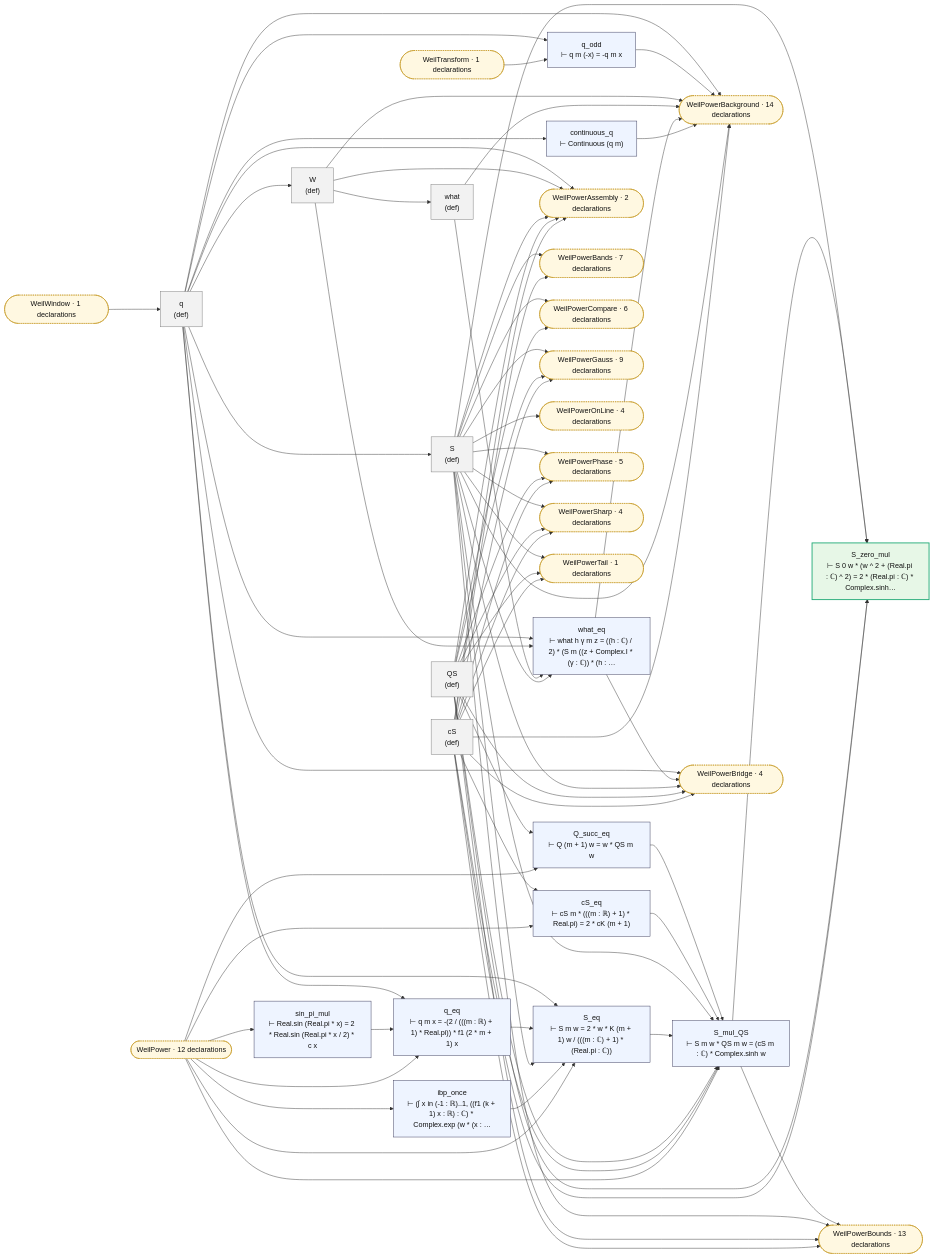
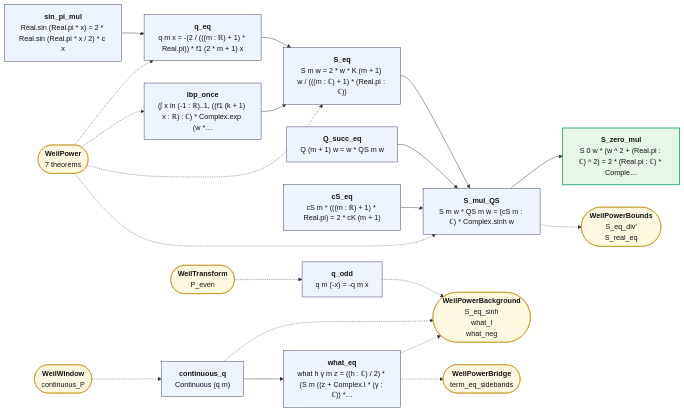
One commit to juliansambranojr/Primebeat_081426 changed the diagram in map/lean_stage3/WeilOddPower.md. Above: the diagram before and after it, drawn with Mermaid. The commit also changed other lines of this file and 387 other files, not shown here.

````diff
--- a/map/lean_stage3/WeilOddPower.md
+++ b/map/lean_stage3/WeilOddPower.md
@@ -8,115 +12,44 @@
 ```mermaid
 flowchart LR
-  n0["q<br/>(def)"]:::dfn
-  n1["q_odd<br/>⊢ q m (-x) = -q m x"]:::thm
-  n2["continuous_q<br/>⊢ Continuous (q m)"]:::thm
-  n3["sin_pi_mul<br/>⊢ Real.sin (Real.pi * x) = 2 * Real.sin (Real.pi * x / 2) * c x"]:::thm
-  n4["q_eq<br/>⊢ q m x = -(2 / (((m : ℝ) + 1) * Real.pi)) * f1 (2 * m + 1) x"]:::thm
-  n5["S<br/>(def)"]:::dfn
-  n6["ibp_once<br/>⊢ (∫ x in (-1 : ℝ)..1, ((f1 (k + 1) x : ℝ) : ℂ) * Complex.exp (w * (x : …"]:::thm
-  n7["S_eq<br/>⊢ S m w = 2 * w * K (m + 1) w / (((m : ℂ) + 1) * (Real.pi : ℂ))"]:::thm
-  n8["QS<br/>(def)"]:::dfn
-  n9["cS<br/>(def)"]:::dfn
-  n10["Q_succ_eq<br/>⊢ Q (m + 1) w = w * QS m w"]:::thm
-  n11["cS_eq<br/>⊢ cS m * (((m : ℝ) + 1) * Real.pi) = 2 * cK (m + 1)"]:::thm
-  n12["S_mul_QS<br/>⊢ S m w * QS m w = (cS m : ℂ) * Complex.sinh w"]:::thm
-  n13["S_zero_mul<br/>⊢ S 0 w * (w ^ 2 + (Real.pi : ℂ) ^ 2) = 2 * (Real.pi : ℂ) * Complex.sinh…"]:::end_
-  n14["W<br/>(def)"]:::dfn
-  n15["what<br/>(def)"]:::dfn
-  n16["what_eq<br/>⊢ what h γ m z = ((h : ℂ) / 2) * (S m ((z + Complex.I * (γ : ℂ)) * (h : …"]:::thm
-  x0(["WeilPower · 12 declarations"]):::ext
-  x1(["WeilPowerAssembly · 2 declarations"]):::ext
-  x2(["WeilPowerBackground · 14 declarations"]):::ext
-  x3(["WeilPowerBands · 7 declarations"]):::ext
-  x4(["WeilPowerBounds · 13 declarations"]):::ext
-  x5(["WeilPowerBridge · 4 declarations"]):::ext
-  x6(["WeilPowerCompare · 6 declarations"]):::ext
-  x7(["WeilPowerGauss · 9 declarations"]):::ext
-  x8(["WeilPowerOnLine · 4 declarations"]):::ext
-  x9(["WeilPowerPhase · 5 declarations"]):::ext
-  x10(["WeilPowerSharp · 4 declarations"]):::ext
-  x11(["WeilPowerTail · 1 declarations"]):::ext
-  x12(["WeilTransform · 1 declarations"]):::ext
-  x13(["WeilWindow · 1 declarations"]):::ext
-  n0 --> n1
-  n0 --> n14
-  n0 --> n16
-  n0 --> n2
-  n0 --> n4
-  n0 --> n5
-  n0 --> n7
-  n0 --> x1
-  n0 --> x2
-  n0 --> x5
-  n1 --> x2
-  n10 --> n12
-  n11 --> n12
-  n12 --> n13
-  n12 --> x4
-  n14 --> n15
-  n14 --> n16
-  n14 --> x1
-  n14 --> x2
-  n15 --> n16
-  n15 --> x2
-  n16 --> x2
-  n16 --> x5
-  n2 --> x2
-  n3 --> n4
-  n4 --> n7
-  n5 --> n12
-  n5 --> n13
-  n5 --> n16
-  n5 --> n7
-  n5 --> x1
-  n5 --> x10
-  n5 --> x11
-  n5 --> x2
-  n5 --> x3
-  n5 --> x4
-  n5 --> x5
-  n5 --> x6
-  n5 --> x7
-  n5 --> x8
-  n5 --> x9
-  n6 --> n7
-  n7 --> n12
-  n8 --> n10
-  n8 --> n12
-  n8 --> n13
-  n8 --> x1
-  n8 --> x10
-  n8 --> x11
-  n8 --> x4
-  n8 --> x5
-  n8 --> x6
-  n8 --> x7
-  n8 --> x9
-  n9 --> n11
-  n9 --> n12
-  n9 --> n13
-  n9 --> x1
-  n9 --> x10
-  n9 --> x11
-  n9 --> x2
-  n9 --> x3
-  n9 --> x4
-  n9 --> x5
-  n9 --> x7
-  n9 --> x9
-  x0 --> n10
-  x0 --> n11
-  x0 --> n12
-  x0 --> n3
-  x0 --> n4
-  x0 --> n6
-  x0 --> n7
-  x12 --> n1
-  x13 --> n0
+  n0["<b>q_odd</b><br/>q m (-x) = -q m x"]:::thm
+  n1["<b>continuous_q</b><br/>Continuous (q m)"]:::thm
+  n2["<b>sin_pi_mul</b><br/>Real.sin (Real.pi * x) = 2 * Real.sin (Real.pi * x / 2) * c x"]:::thm
+  n3["<b>q_eq</b><br/>q m x = -(2 / (((m : ℝ) + 1) * Real.pi)) * f1 (2 * m + 1) x"]:::thm
+  n4["<b>ibp_once</b><br/>(∫ x in (-1 : ℝ)..1, ((f1 (k + 1) x : ℝ) : ℂ) * Complex.exp (w *…"]:::thm
+  n5["<b>S_eq</b><br/>S m w = 2 * w * K (m + 1) w / (((m : ℂ) + 1) * (Real.pi : ℂ))"]:::thm
+  n6["<b>Q_succ_eq</b><br/>Q (m + 1) w = w * QS m w"]:::thm
+  n7["<b>cS_eq</b><br/>cS m * (((m : ℝ) + 1) * Real.pi) = 2 * cK (m + 1)"]:::thm
+  n8["<b>S_mul_QS</b><br/>S m w * QS m w = (cS m : ℂ) * Complex.sinh w"]:::thm
+  n9["<b>S_zero_mul</b><br/>S 0 w * (w ^ 2 + (Real.pi : ℂ) ^ 2) = 2 * (Real.pi : ℂ) * Comple…"]:::end_
+  n10["<b>what_eq</b><br/>what h γ m z = ((h : ℂ) / 2) * (S m ((z + Complex.I * (γ : ℂ)) *…"]:::thm
+  x0(["<b>WeilTransform</b><br/>P_even"]):::ext
+  x1(["<b>WeilPowerBackground</b><br/>S_eq_sinh<br/>what_I<br/>what_neg"]):::ext
+  x2(["<b>WeilWindow</b><br/>continuous_P"]):::ext
+  x3(["<b>WeilPower</b><br/>7 theorems"]):::ext
+  x4(["<b>WeilPowerBounds</b><br/>S_eq_div'<br/>S_real_eq"]):::ext
+  x5(["<b>WeilPowerBridge</b><br/>term_eq_sidebands"]):::ext
+  n1 --> n10
+  n2 --> n3
+  n3 --> n5
+  n4 --> n5
+  n5 --> n8
+  n6 --> n8
+  n7 --> n8
+  n8 --> n9
+  n0 -.-> x1
+  n1 -.-> x1
+  n10 -.-> x1
+  n10 -.-> x5
+  n8 -.-> x4
+  x0 -.-> n0
+  x2 -.-> n1
+  x3 -.-> n3
+  x3 -.-> n4
+  x3 -.-> n5
+  x3 -.-> n8
   classDef thm fill:#eef4ff,stroke:#335,color:#111
-  classDef dfn fill:#f2f2f2,stroke:#777,color:#111
   classDef end_ fill:#e7f7e7,stroke:#2a7,color:#111,stroke-width:2px
   classDef lone fill:#fff,stroke:#999,color:#111,stroke-dasharray:4 3
   classDef bad fill:#ffe5e5,stroke:#c22,color:#111,stroke-width:2px
-  classDef ext fill:#fff8e1,stroke:#b80,color:#111,stroke-dasharray:2 2
+  classDef ext fill:#fff8e1,stroke:#b80,color:#111
 ```
````
